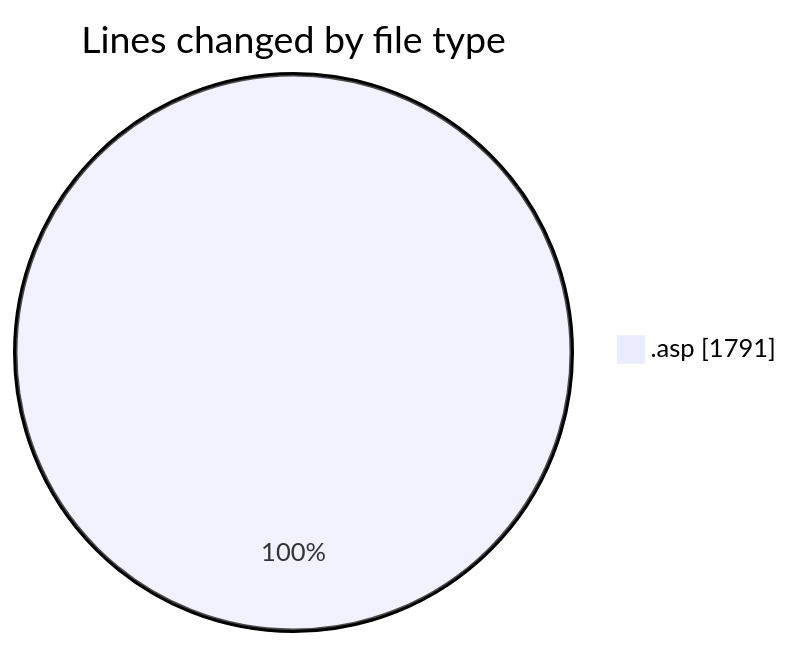
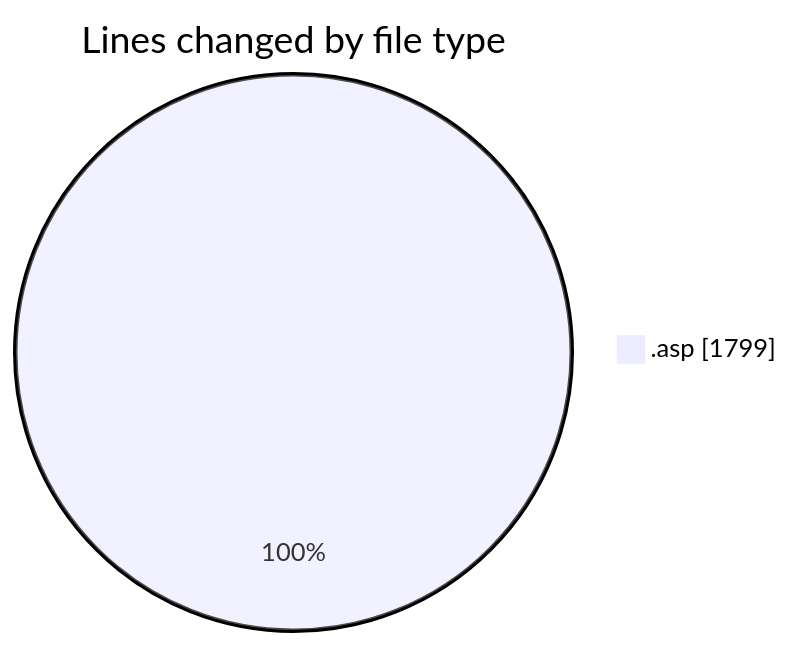
One commit to julien-gomy/code-tracking changed the first of 2 diagrams in 2025-10-15/usr_aleoudev_fr__workspace_/README.md. Above: the diagram before and after it, drawn with Mermaid. The commit also changed other lines of this file and 1 other file, not shown here.

````diff
--- a/2025-10-15/usr_aleoudev_fr__workspace_/README.md
+++ b/2025-10-15/usr_aleoudev_fr__workspace_/README.md
@@ -20,5 +20,5 @@
 ```mermaid
 pie showData
 title Lines changed by file type
-".asp" : 1791
+".asp" : 1799
 ```
````
